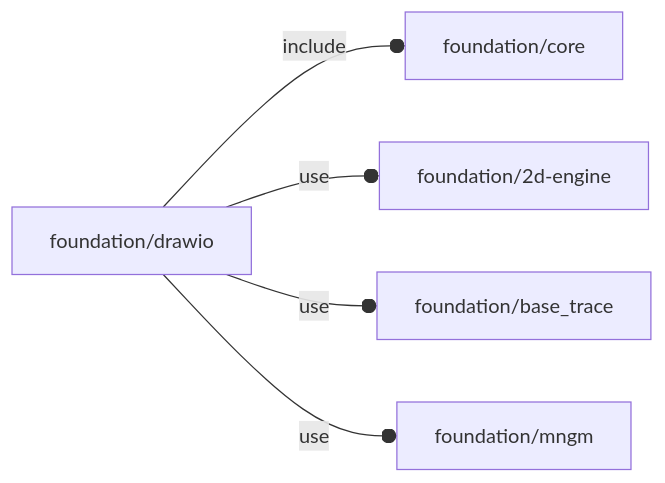
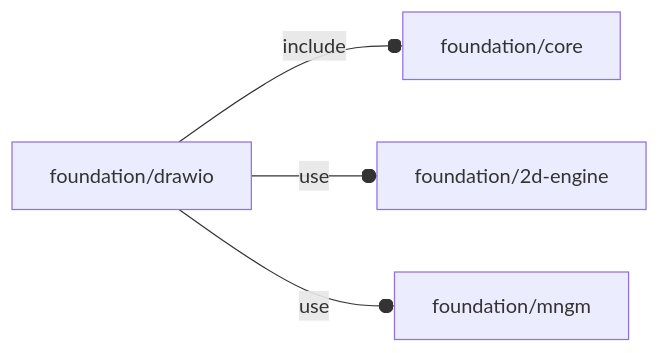
The diagram in orthodocs/foundation/drawio.md (ggabbiani/OFL), drawn with Mermaid before and after one commit. The commit also changed 52 other files, not shown here.

````diff
--- a/orthodocs/foundation/drawio.md
+++ b/orthodocs/foundation/drawio.md
@@ -5,7 +5,6 @@
 ```mermaid
 graph LR
     A1[foundation/drawio] --o|include| A2[foundation/core]
     A1 --o|use| A3[foundation/2d-engine]
-    A1 --o|use| A4[foundation/base_trace]
-    A1 --o|use| A5[foundation/mngm]
+    A1 --o|use| A4[foundation/mngm]
 ```
````
